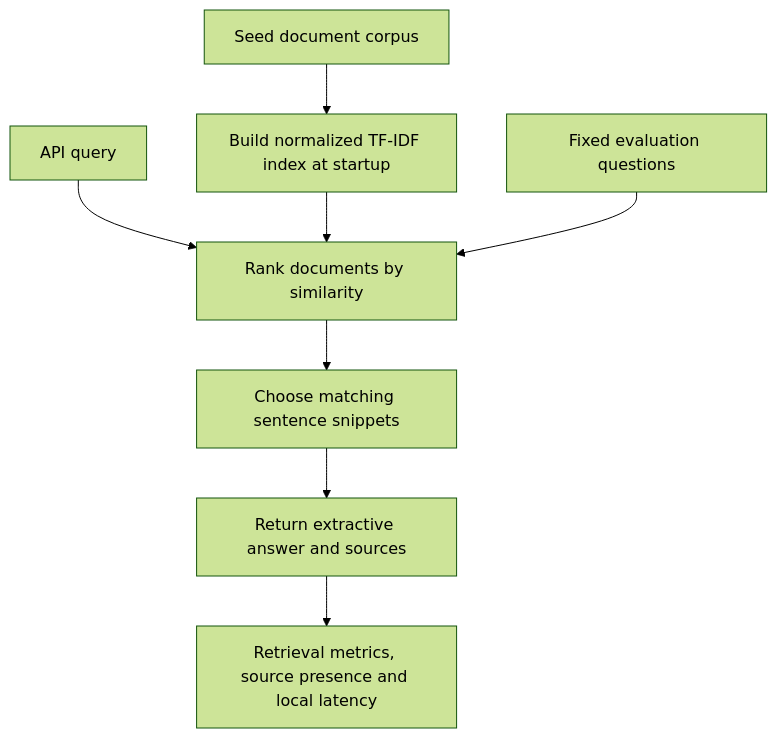
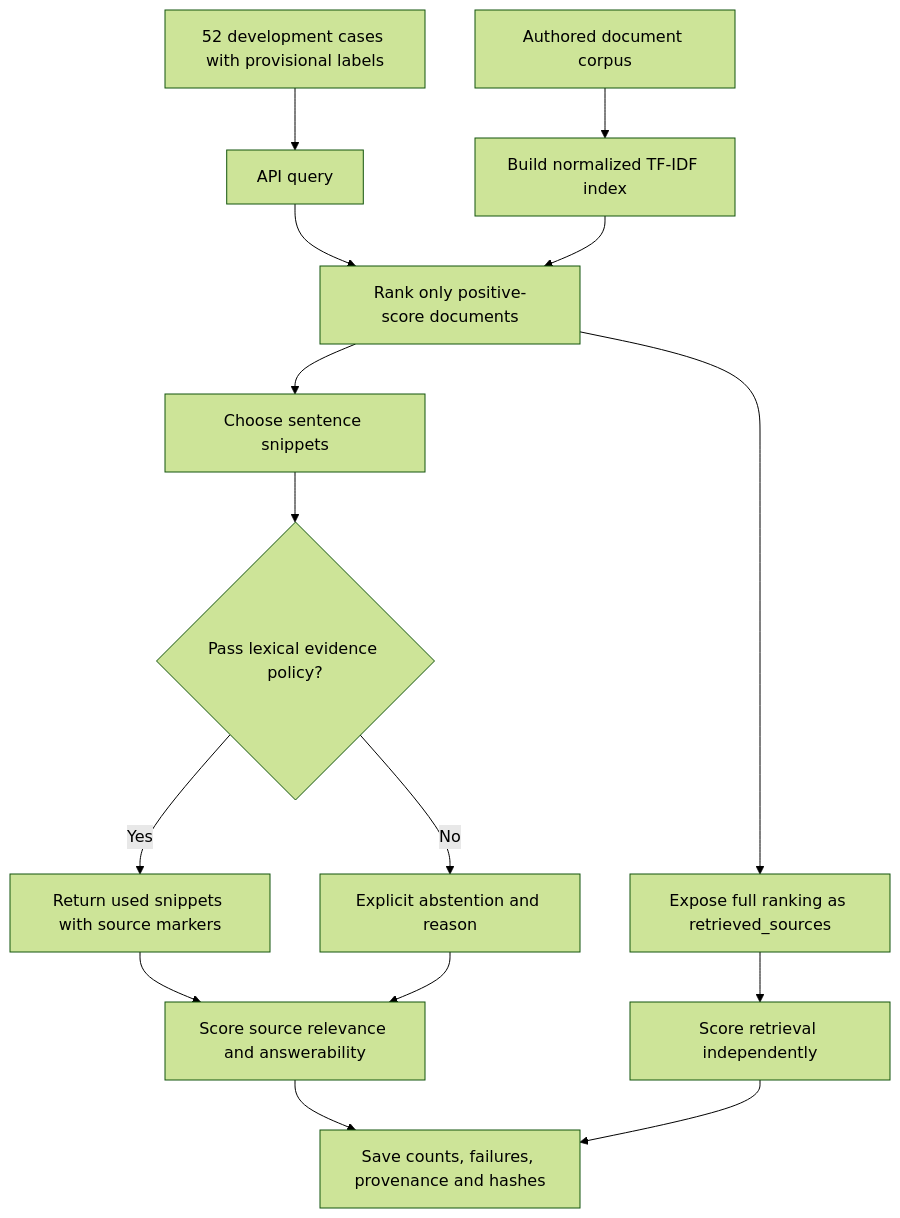
The diagram in WORKFLOW.md (Zinga18018/rag-evaluation-deployment-api), drawn with Mermaid (forest theme) before and after one commit. The commit also changed other lines of this file and 15 other files, not shown here.

Commit message:
Separate citation traceability from relevance and evaluate abstention failures

````diff
--- a/WORKFLOW.md
+++ b/WORKFLOW.md
@@ -9,10 +9,17 @@
 ```mermaid
 flowchart TD
-A["Seed document corpus"] --> B["Build normalized TF-IDF index at startup"]
-    C["API query"] --> D["Rank documents by similarity"]
+    A["Authored document corpus"] --> B["Build normalized TF-IDF index"]
+    C["API query"] --> D["Rank only positive-score documents"]
     B --> D
-    D --> E["Choose matching sentence snippets"]
-    E --> F["Return extractive answer and sources"]
-    G["Fixed evaluation questions"] --> D
-    F --> H["Retrieval metrics, source presence and local latency"]
+    D --> E["Choose sentence snippets"]
+    E --> F{"Pass lexical evidence policy?"}
+    F -->|Yes| G["Return used snippets with source markers"]
+    F -->|No| H["Explicit abstention and reason"]
+    D --> I["Expose full ranking as retrieved_sources"]
+    J["52 development cases with provisional labels"] --> C
+    G --> K["Score source relevance and answerability"]
+    H --> K
+    I --> L["Score retrieval independently"]
+    K --> M["Save counts, failures, provenance and hashes"]
+    L --> M
 ```
````
